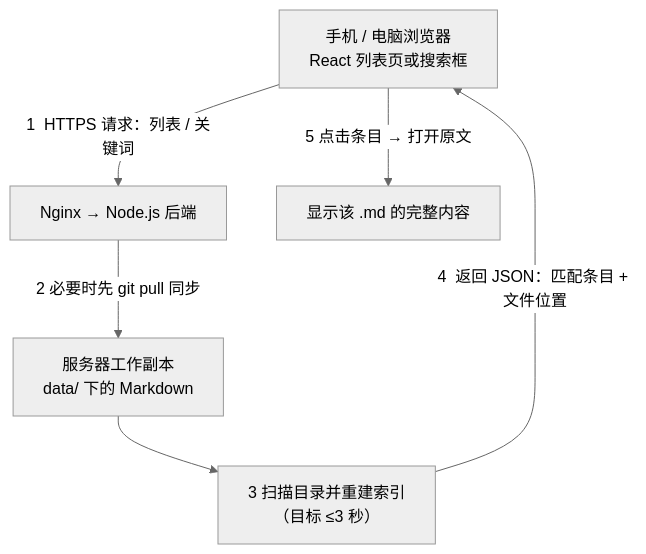
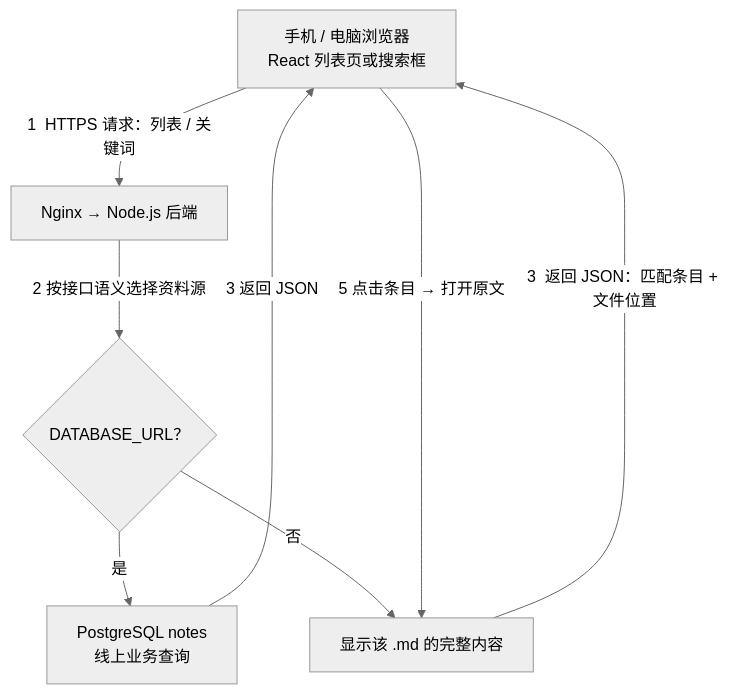
The second of 9 diagrams in TECH_DESIGN.md (XingHo-VibeCoding/vbcd), drawn with Mermaid (neutral theme) before and after one commit. The commit also changed other lines of this file and 12 other files, not shown here.

First line of the commit message:
Day 25｜后台图片资产只读页 + 信息流规划文档对齐（接口计数 38→40）

````diff
--- a/TECH_DESIGN.md
+++ b/TECH_DESIGN.md
@@ -101,8 +100,10 @@
 ```mermaid
 flowchart TD
     A["手机 / 电脑浏览器<br/>React 列表页或搜索框"] -->|"1  HTTPS 请求：列表 / 关键词"| B["Nginx → Node.js 后端"]
-    B -->|"2  必要时先 git pull 同步"| C["服务器工作副本<br/>data/ 下的 Markdown"]
-    C --> D["3  扫描目录并重建索引<br/>（目标 ≤3 秒）"]
-    D -->|"4  返回 JSON：匹配条目 + 文件位置"| A
+    B -->|"2  按接口语义选择资料源"| C{"DATABASE_URL？"}
+    C -->|"是"| D["PostgreSQL notes<br/>线上业务查询"]
+    C -->|"否"| E["data/ 下 Markdown<br/>扫描并重建文件索引"]
+    D -->|"3  返回 JSON"| A
+    E -->|"3  返回 JSON：匹配条目 + 文件位置"| A
     A -->|"5  点击条目 → 打开原文"| E["显示该 .md 的完整内容"]
 ```
````
